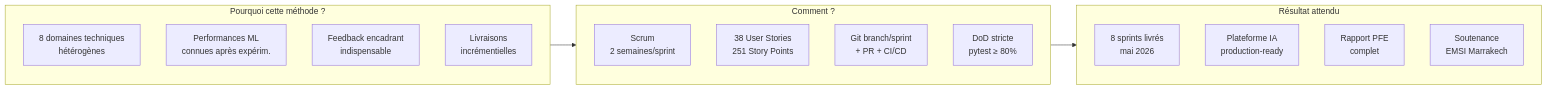
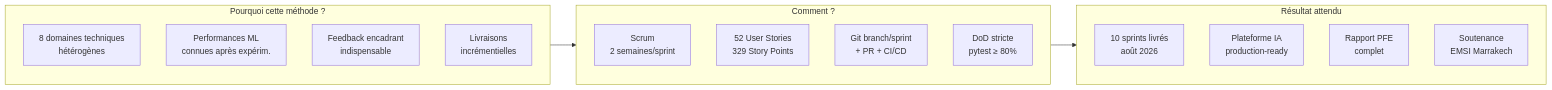
Diagram 21 of 22 in docs/METHODOLOGIE.md (Boussyf0/MediSense-AI), drawn with Mermaid before and after one commit. The commit also changed other lines of this file and 7 other files, not shown here.

````diff
--- a/docs/METHODOLOGIE.md
+++ b/docs/METHODOLOGIE.md
@@ -938,25 +939,25 @@
 ```mermaid
 flowchart LR
     subgraph WHY["Pourquoi cette méthode ?"]
         A1["8 domaines techniques<br/>hétérogènes"]
         A2["Performances ML<br/>connues après expérim."]
         A3["Feedback encadrant<br/>indispensable"]
         A4["Livraisons<br/>incrémentielles"]
     end
 
     subgraph HOW["Comment ?"]
         B1["Scrum<br/>2 semaines/sprint"]
-        B2["38 User Stories<br/>251 Story Points"]
+        B2["52 User Stories<br/>329 Story Points"]
         B3["Git branch/sprint<br/>+ PR + CI/CD"]
         B4["DoD stricte<br/>pytest ≥ 80%"]
     end
 
     subgraph WHAT["Résultat attendu"]
-        C1["8 sprints livrés<br/>mai 2026"]
+        C1["10 sprints livrés<br/>août 2026"]
         C2["Plateforme IA<br/>production-ready"]
         C3["Rapport PFE<br/>complet"]
         C4["Soutenance<br/>EMSI Marrakech"]
     end
 
     WHY --> HOW --> WHAT
 ```
````
